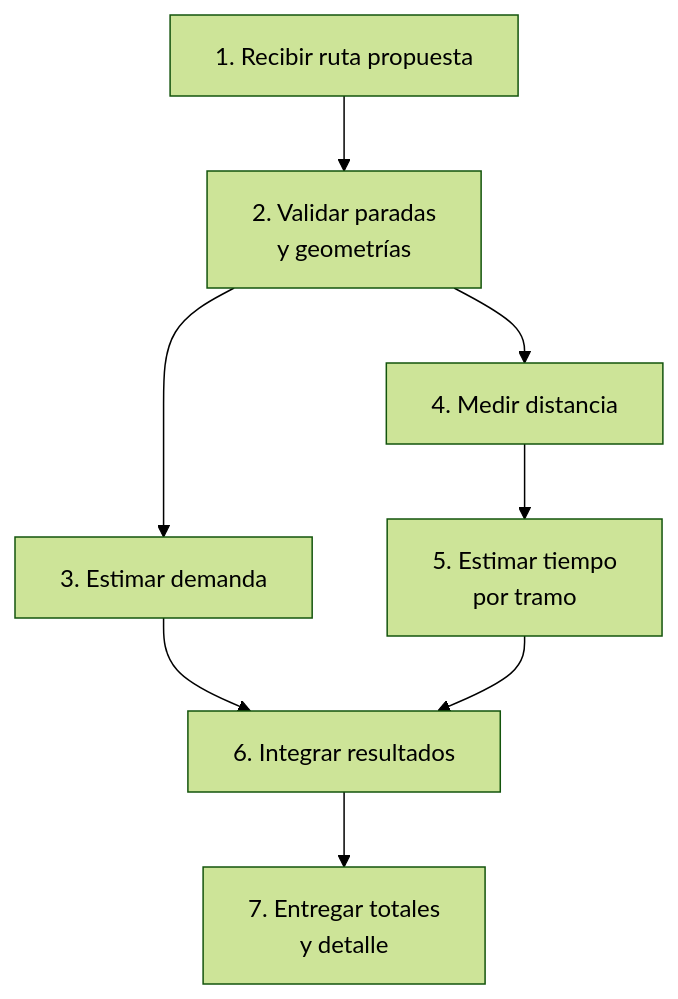
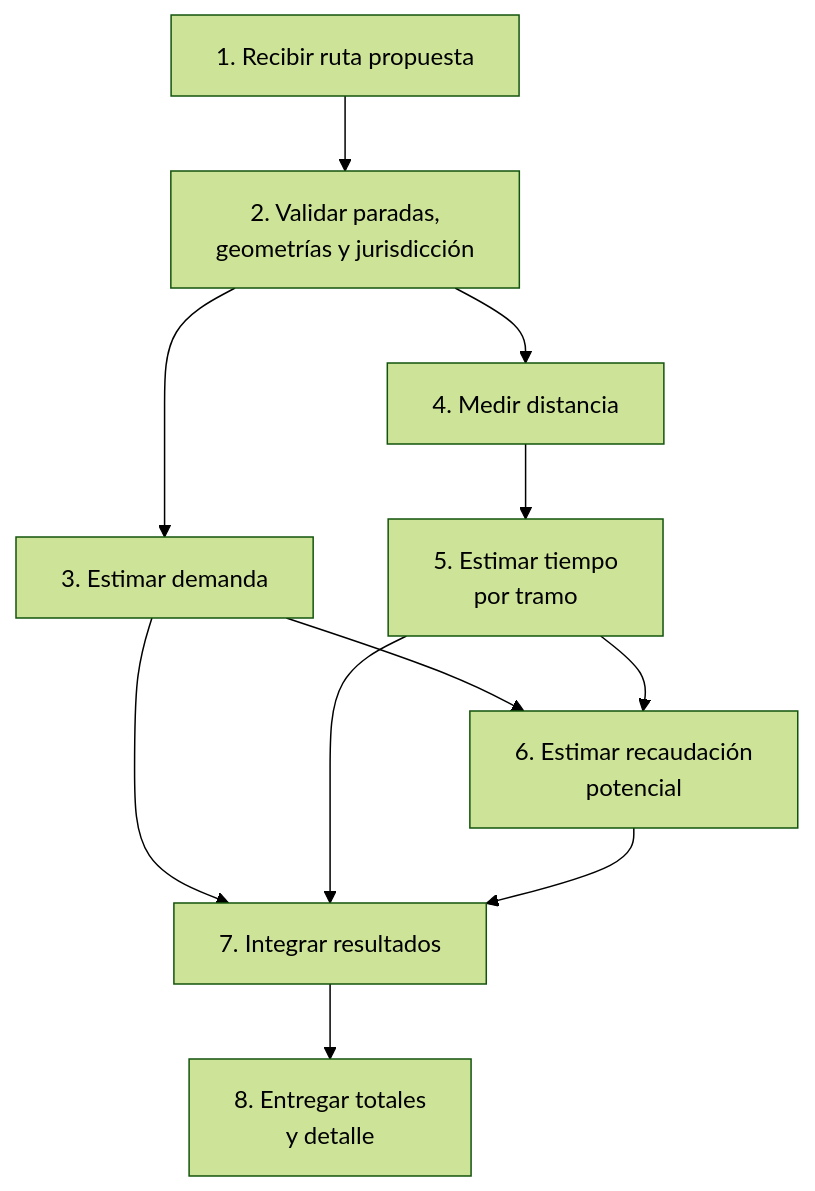
One commit to ManuelGarciaF/motor-vialis changed the second of 8 diagrams in docs/arquitectura_motor.md. Above: the diagram before and after it, drawn with Mermaid (forest theme). The commit also changed other lines of this file and 25 other files, not shown here.

````diff
--- a/docs/arquitectura_motor.md
+++ b/docs/arquitectura_motor.md
@@ -176,10 +195,13 @@
 ```mermaid
 flowchart TD
-    INPUT["1. Recibir ruta propuesta"] --> VALIDATE["2. Validar paradas<br/>y geometrías"]
+    INPUT["1. Recibir ruta propuesta"] --> VALIDATE["2. Validar paradas,<br/>geometrías y jurisdicción"]
     VALIDATE --> DEMAND["3. Estimar demanda"]
     VALIDATE --> DISTANCE["4. Medir distancia"]
     DISTANCE --> TIME["5. Estimar tiempo<br/>por tramo"]
-    DEMAND --> MERGE["6. Integrar resultados"]
+    DEMAND --> REVENUE["6. Estimar recaudación<br/>potencial"]
+    TIME --> REVENUE
+    DEMAND --> MERGE["7. Integrar resultados"]
     TIME --> MERGE
-    MERGE --> OUTPUT["7. Entregar totales<br/>y detalle"]
+    REVENUE --> MERGE
+    MERGE --> OUTPUT["8. Entregar totales<br/>y detalle"]
 ```
````
